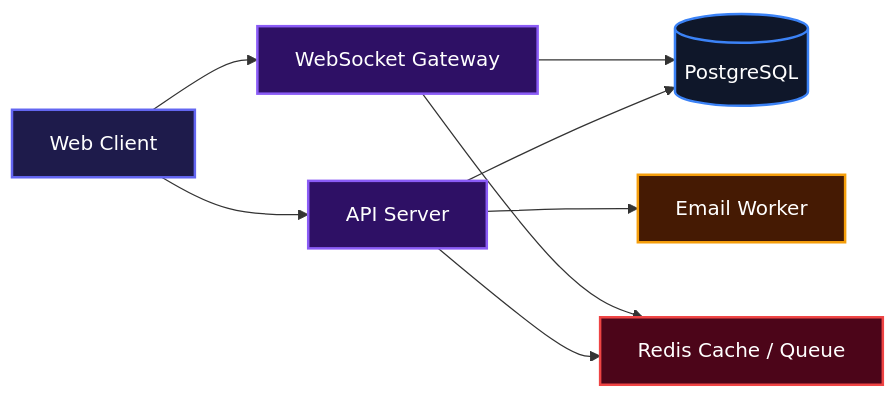
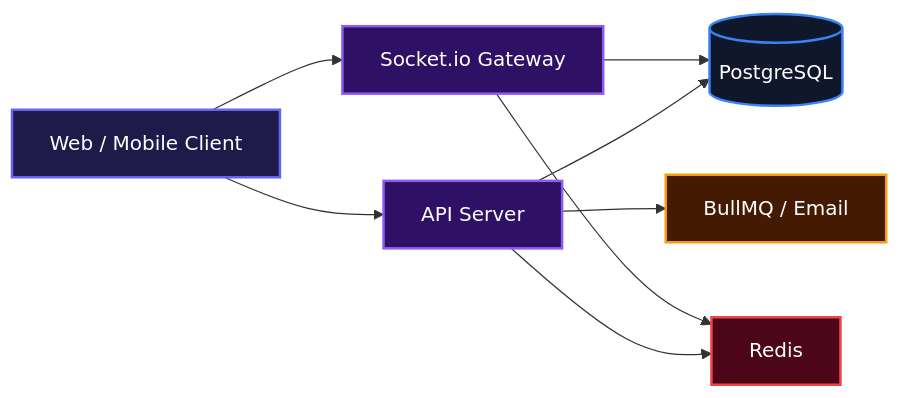
The first of 4 diagrams in server/README.md (obed-smart/Huddle), drawn with Mermaid before and after one commit. The commit also changed other lines of this file, not shown here.

````diff
--- a/server/README.md
+++ b/server/README.md
@@ -11,24 +13,24 @@
 ```mermaid
 flowchart LR
-  WebClient["Web Client"]
-  APIServer["API Server"]
-  WSServer["WebSocket Gateway"]
-  PostgreSQL[("PostgreSQL")]
-  Redis["Redis Cache / Queue"]
-  EmailWorker["Email Worker"]
+    Client["Web / Mobile Client"]
+    API["API Server"]
+    Socket["Socket.io Gateway"]
+    DB[("PostgreSQL")]
+    Cache["Redis"]
+    Queue["BullMQ / Email"]
 
-  WebClient --> APIServer
-  WebClient --> WSServer
-  APIServer --> PostgreSQL
-  APIServer --> Redis
-  WSServer --> PostgreSQL
-  WSServer --> Redis
-  APIServer --> EmailWorker
+    Client --> API
+    Client --> Socket
+    API --> DB
+    API --> Cache
+    API --> Queue
+    Socket --> DB
+    Socket --> Cache
 
-  style WebClient fill:#1e1b4b,stroke:#6366f1,stroke-width:2px,color:#fff
-  style APIServer fill:#2e1065,stroke:#8b5cf6,stroke-width:2px,color:#fff
-  style WSServer fill:#2e1065,stroke:#8b5cf6,stroke-width:2px,color:#fff
-  style PostgreSQL fill:#0f172a,stroke:#3b82f6,stroke-width:2px,color:#fff
-  style Redis fill:#4c0519,stroke:#ef4444,stroke-width:2px,color:#fff
-  style EmailWorker fill:#451a03,stroke:#f59e0b,stroke-width:2px,color:#fff
+    style Client fill:#1e1b4b,stroke:#6366f1,stroke-width:2px,color:#fff
+    style API fill:#2e1065,stroke:#8b5cf6,stroke-width:2px,color:#fff
+    style Socket fill:#2e1065,stroke:#8b5cf6,stroke-width:2px,color:#fff
+    style DB fill:#0f172a,stroke:#3b82f6,stroke-width:2px,color:#fff
+    style Cache fill:#4c0519,stroke:#ef4444,stroke-width:2px,color:#fff
+    style Queue fill:#451a03,stroke:#f59e0b,stroke-width:2px,color:#fff
 ```
````
